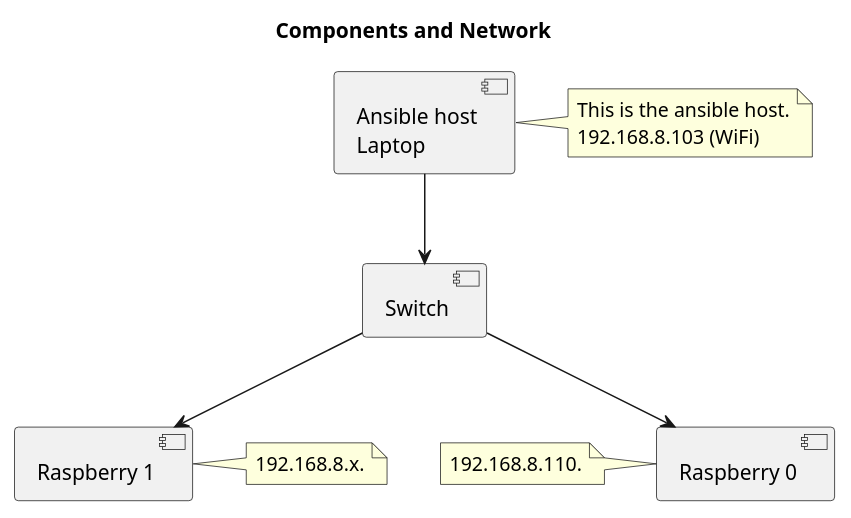
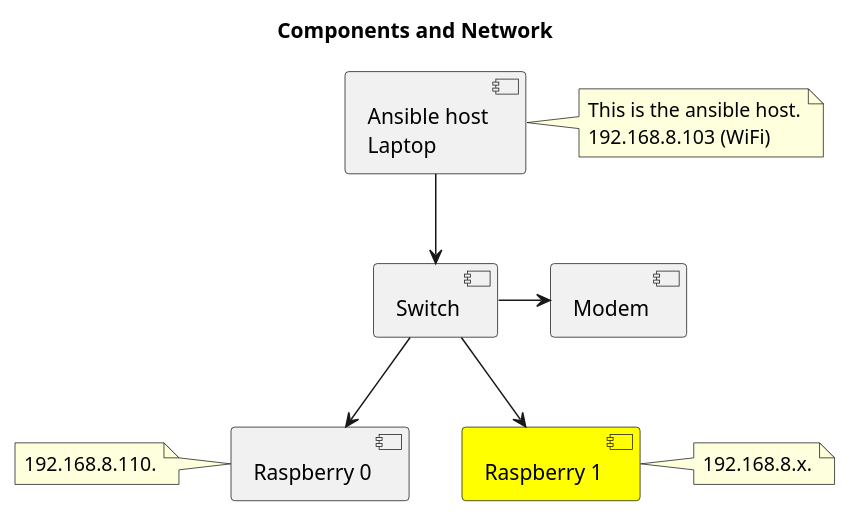
One commit to yeehazerog/raspi-ansible changed the diagram in components.plantuml. Above: the diagram before and after it, drawn with PlantUML.

Commit message:
Added modem

```diff
--- a/components.plantuml
+++ b/components.plantuml
@@ -1,33 +1,35 @@
 @startuml
 
 scale max 600 width
 
 title            Components and Network
 
 component [Ansible host\nLaptop] as host
 
 component [Switch] as switch
+component [Modem] as modem
 
-component [Raspberry 1] as RPI1
+component [Raspberry 1] as RPI1 #yellow
 component [Raspberry 0] as RPI0
 
 ' links
 host --> switch
+switch -right-> modem
 switch --> RPI0
 switch --> RPI1
 
 ' notes
 note right of host
   This is the ansible host.
   192.168.8.103 (WiFi)
 end note
 
 note left of RPI0
   192.168.8.110.
 end note
 
 note right of RPI1
   192.168.8.x.
 end note
 
 @enduml
```
